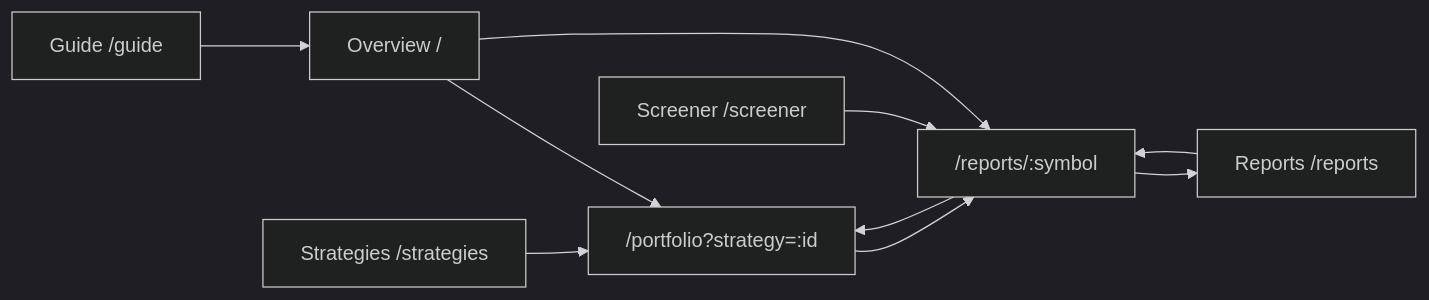
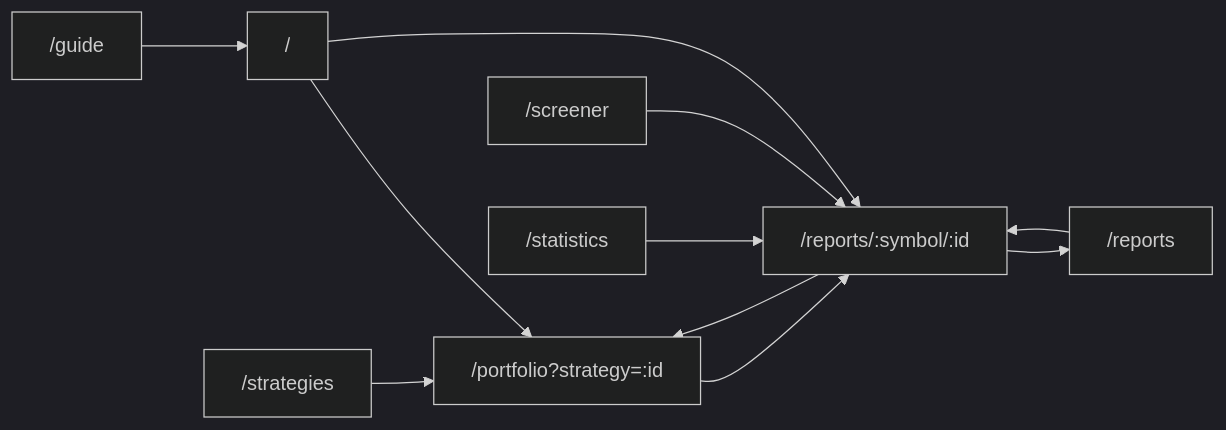
The diagram in DESIGN.md (choiinyeol/snusmic-portfolio-lab), drawn with Mermaid (dark theme) before and after one commit. The commit also changed other lines of this file, not shown here.

````diff
--- a/DESIGN.md
+++ b/DESIGN.md
@@ -168,12 +201,13 @@
 ```mermaid
 flowchart LR
-  Overview["Overview /"] --> Portfolio["/portfolio?strategy=:id"]
-  Overview --> ReportDetail["/reports/:symbol"]
+  Overview["/"] --> Portfolio["/portfolio?strategy=:id"]
+  Overview --> ReportDetail["/reports/:symbol/:id"]
   Portfolio --> ReportDetail
-  Reports["Reports /reports"] --> ReportDetail
-  Screener["Screener /screener"] --> ReportDetail
-  Strategies["Strategies /strategies"] --> Portfolio
+  Reports["/reports"] --> ReportDetail
+  Screener["/screener"] --> ReportDetail
+  Strategies["/strategies"] --> Portfolio
+  Statistics["/statistics"] --> ReportDetail
   ReportDetail --> Reports
   ReportDetail --> Portfolio
-  Guide["Guide /guide"] --> Overview
+  Guide["/guide"] --> Overview
 ```
````
